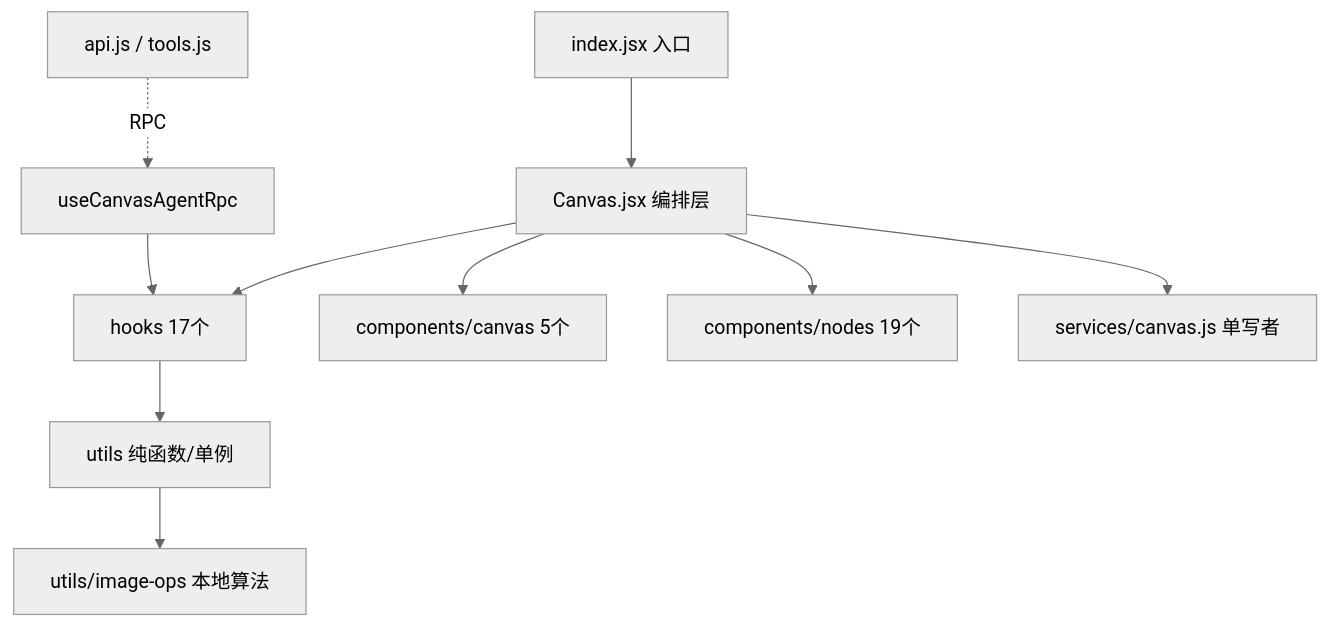
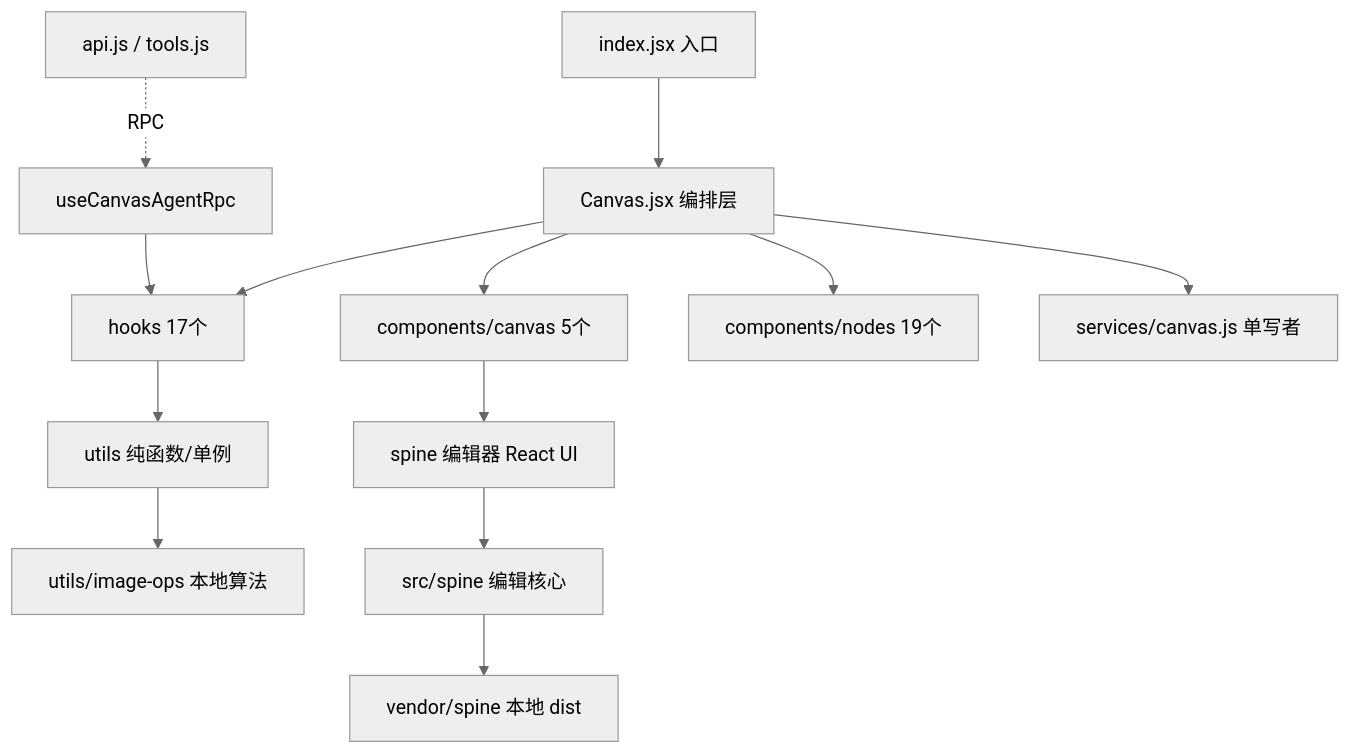
One commit to hunmer/agent-spaces changed the diagram in packages/server/agent-spaces-data/mini-apps/game-asset-canvas/src/CLAUDE.md. Above: the diagram before and after it, drawn with Mermaid (neutral theme). The commit also changed other lines of this file and 46 other files, not shown here.

````diff
--- a/packages/server/agent-spaces-data/mini-apps/game-asset-canvas/src/CLAUDE.md
+++ b/packages/server/agent-spaces-data/mini-apps/game-asset-canvas/src/CLAUDE.md
@@ -39,12 +39,15 @@
 ```mermaid
 graph TD
     A[index.jsx 入口] --> B[Canvas.jsx 编排层]
     B --> C[hooks 17个]
     B --> D[components/canvas 5个]
     B --> E[components/nodes 19个]
     C --> F[utils 纯函数/单例]
     F --> G[utils/image-ops 本地算法]
+    D --> K[spine 编辑器 React UI]
+    K --> L[src/spine 编辑核心]
+    L --> M[vendor/spine 本地 dist]
     B --> H[services/canvas.js 单写者]
     I[api.js / tools.js] -.RPC.-> J[useCanvasAgentRpc]
     J --> C
 ```
````
